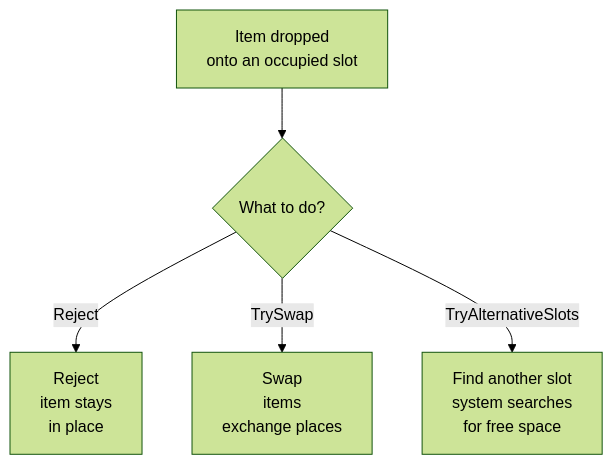
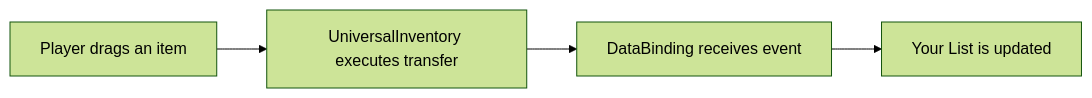
One commit to SergeevSergey99/DragAndDropSystem-Docs changed the second of 2 diagrams in .docs/content/getting-started/quick-start.en.md. Above: the diagram before and after it, drawn with Mermaid (forest theme). The commit also changed other lines of this file and 16 other files, not shown here.

````diff
--- a/.docs/content/getting-started/quick-start.en.md
+++ b/.docs/content/getting-started/quick-start.en.md
@@ -190,8 +113,6 @@
 ```mermaid
-flowchart TD
-    A["Item dropped\nonto an occupied slot"] --> B{"What to do?"}
-    B -->|Reject| C["Reject\nitem stays\nin place"]
-    B -->|TrySwap| D["Swap\nitems\nexchange places"]
-    B -->|TryAlternativeSlots| E["Find another slot\nsystem searches\nfor free space"]
-
+flowchart LR
+    A["Player drags an item"] --> B["UniversalInventory executes transfer"]
+    B --> C["DataBinding receives event"]
+    C --> D["Your List<ItemSO> is updated"]
 ```
````
